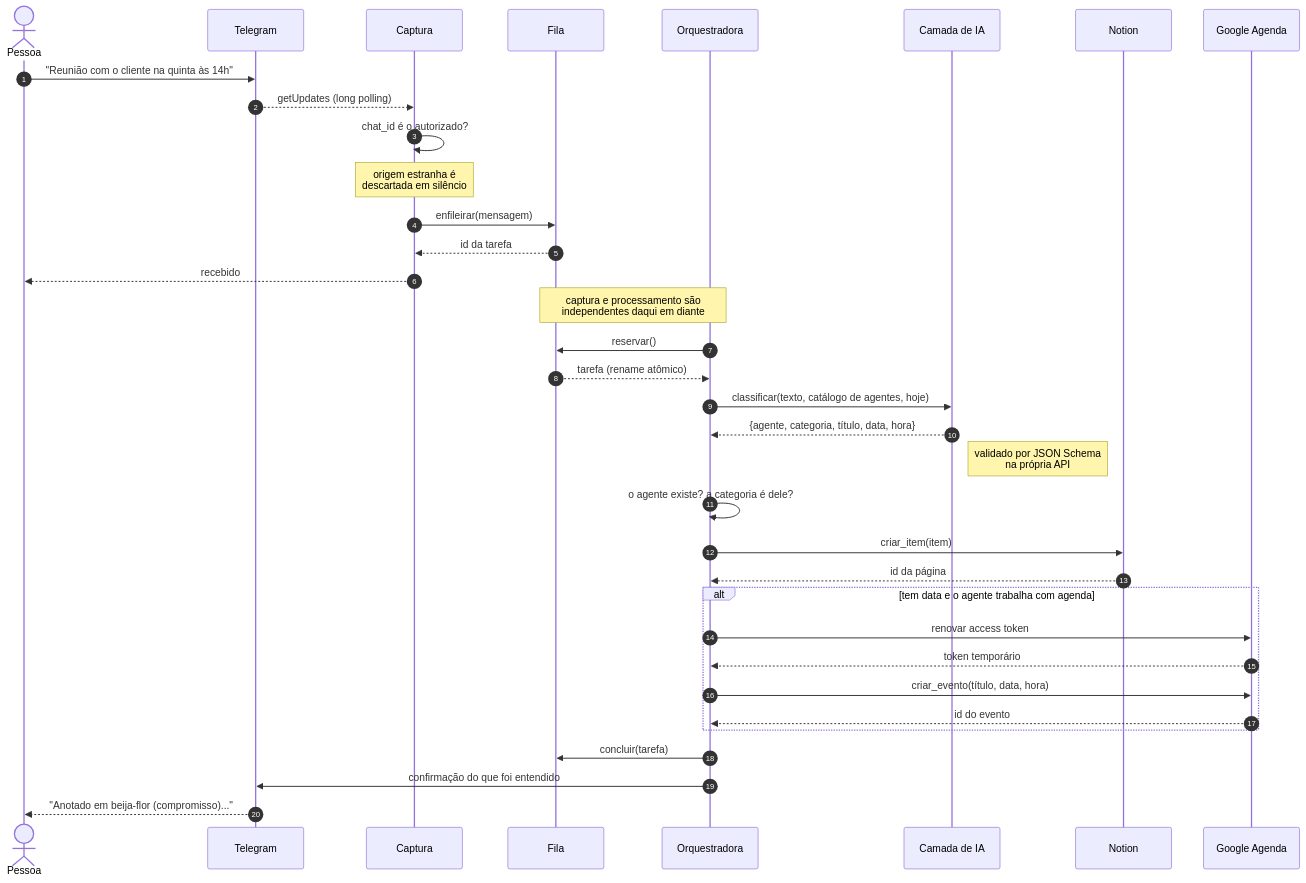
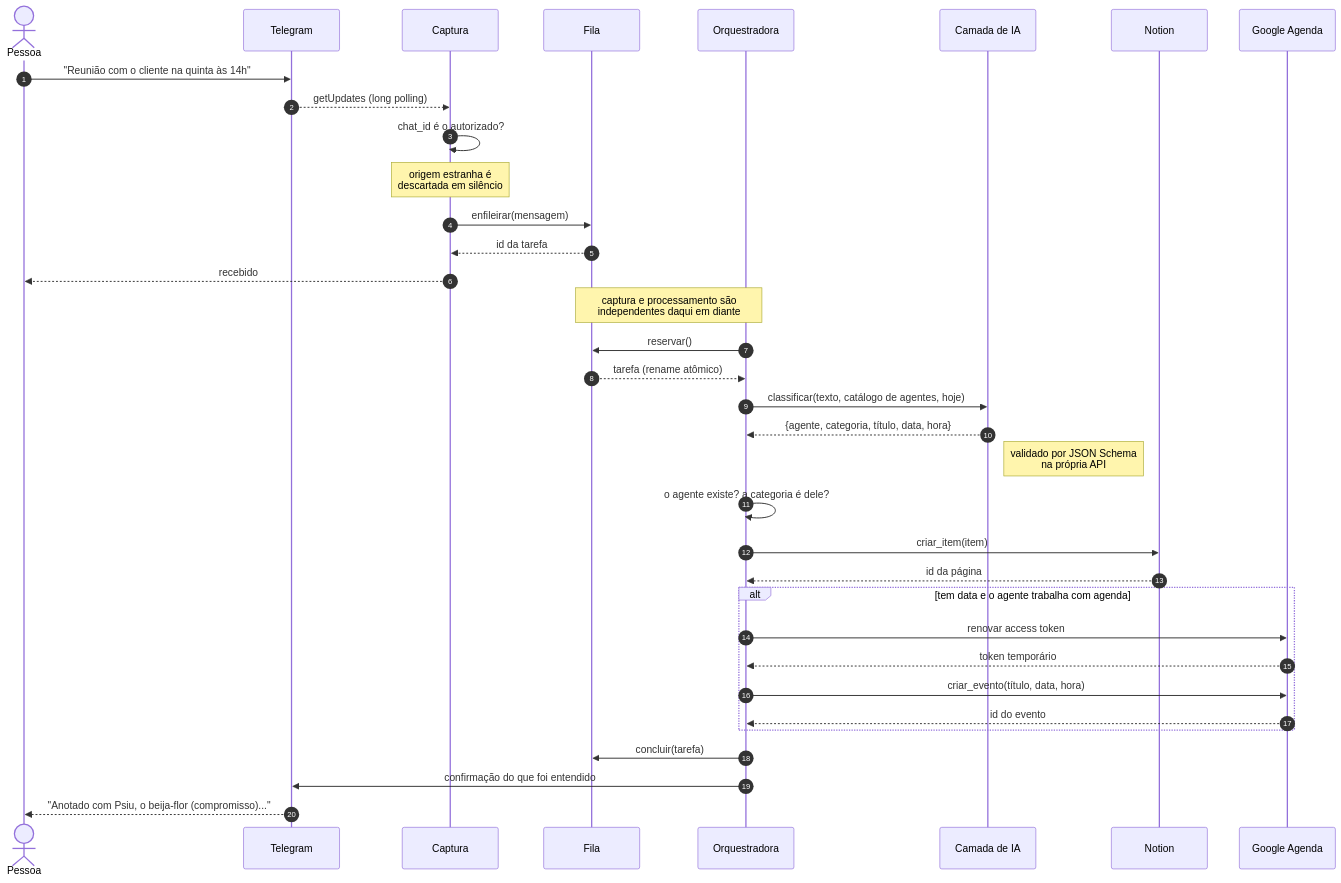
One commit to brunarezerdev/sabia-organizacao-pessoal changed the second of 7 diagrams in docs/fluxo.md. Above: the diagram before and after it, drawn with Mermaid. The commit also changed 19 other files, not shown here.

````diff
--- a/docs/fluxo.md
+++ b/docs/fluxo.md
@@ -32,47 +32,47 @@
 ```mermaid
 sequenceDiagram
     autonumber
     actor P as Pessoa
     participant TG as Telegram
     participant C as Captura
     participant F as Fila
     participant O as Orquestradora
     participant IA as Camada de IA
     participant N as Notion
     participant G as Google Agenda
 
     P->>TG: "Reunião com o cliente na quinta às 14h"
     TG-->>C: getUpdates (long polling)
 
     C->>C: chat_id é o autorizado?
     Note over C: origem estranha é<br/>descartada em silêncio
 
     C->>F: enfileirar(mensagem)
     F-->>C: id da tarefa
     C-->>P: recebido
 
     Note over F,O: captura e processamento são<br/>independentes daqui em diante
 
     O->>F: reservar()
     F-->>O: tarefa (rename atômico)
 
     O->>IA: classificar(texto, catálogo de agentes, hoje)
     IA-->>O: {agente, categoria, título, data, hora}
     Note right of IA: validado por JSON Schema<br/>na própria API
 
     O->>O: o agente existe? a categoria é dele?
 
     O->>N: criar_item(item)
     N-->>O: id da página
 
     alt tem data e o agente trabalha com agenda
         O->>G: renovar access token
         G-->>O: token temporário
         O->>G: criar_evento(título, data, hora)
         G-->>O: id do evento
     end
 
     O->>F: concluir(tarefa)
     O->>TG: confirmação do que foi entendido
-    TG-->>P: "Anotado em beija-flor (compromisso)..."
+    TG-->>P: "Anotado com Psiu, o beija-flor (compromisso)..."
 ```
````
